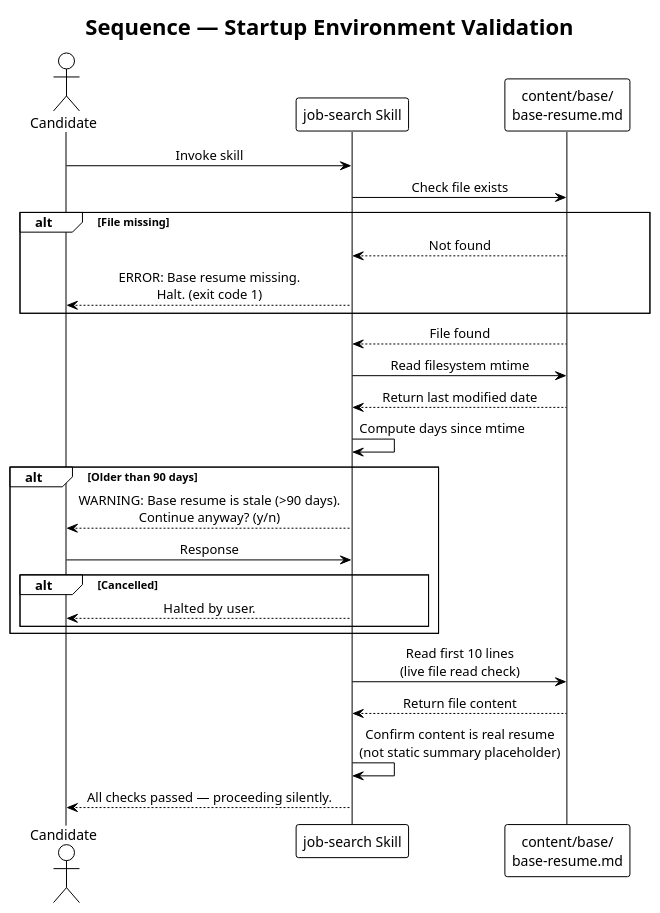
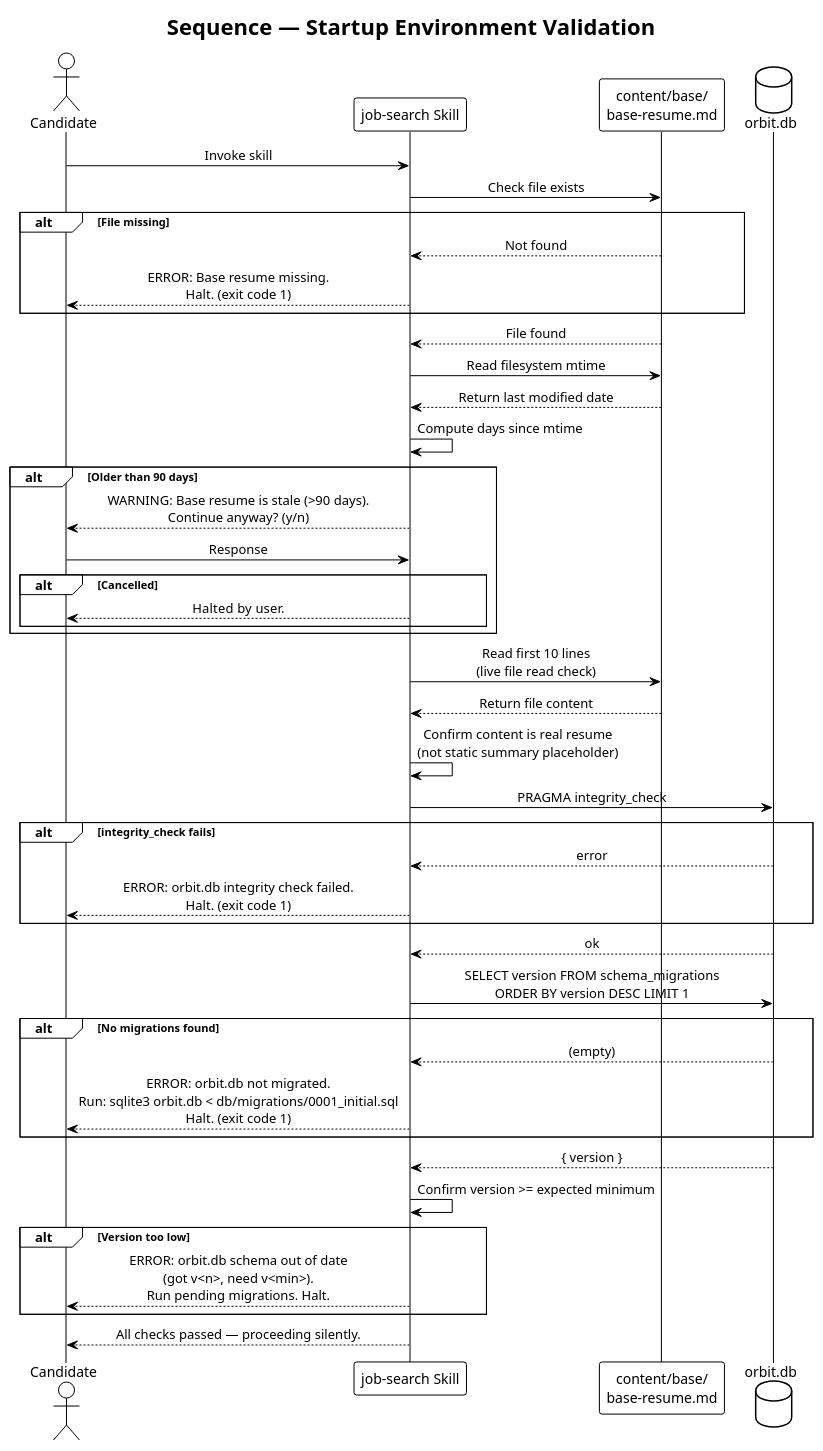
One commit to QuinntyneBrown/Orbit changed the diagram in docs/detailed-designs/13-skill-infrastructure/diagrams/sequence_startup_validation.puml. Above: the diagram before and after it, drawn with PlantUML. The commit also changed 4 other files, not shown here.

Commit message:
Update sequence diagrams for pipeline validation, role classification, outreach, recruiter follow-up, and startup validation

```diff
--- a/docs/detailed-designs/13-skill-infrastructure/diagrams/sequence_startup_validation.puml
+++ b/docs/detailed-designs/13-skill-infrastructure/diagrams/sequence_startup_validation.puml
@@ -1,40 +1,60 @@
 @startuml sequence_startup_validation
 !theme plain
 skinparam sequenceMessageAlign center
 
 title Sequence — Startup Environment Validation
 
 actor Candidate
 participant "job-search Skill" as Skill
 participant "content/base/\nbase-resume.md" as BaseResume
+database "orbit.db" as DB
 
 Candidate -> Skill : Invoke skill
 
 Skill -> BaseResume : Check file exists
 alt File missing
     BaseResume --> Skill : Not found
     Skill --> Candidate : ERROR: Base resume missing.\nHalt. (exit code 1)
 end
 
 BaseResume --> Skill : File found
 
 Skill -> BaseResume : Read filesystem mtime
 BaseResume --> Skill : Return last modified date
 
 Skill -> Skill : Compute days since mtime
 alt Older than 90 days
     Skill --> Candidate : WARNING: Base resume is stale (>90 days).\nContinue anyway? (y/n)
     Candidate -> Skill : Response
     alt Cancelled
         Skill --> Candidate : Halted by user.
     end
 end
 
 Skill -> BaseResume : Read first 10 lines\n(live file read check)
 BaseResume --> Skill : Return file content
 
 Skill -> Skill : Confirm content is real resume\n(not static summary placeholder)
 
+Skill -> DB : PRAGMA integrity_check
+alt integrity_check fails
+    DB --> Skill : error
+    Skill --> Candidate : ERROR: orbit.db integrity check failed.\nHalt. (exit code 1)
+end
+DB --> Skill : ok
+
+Skill -> DB : SELECT version FROM schema_migrations\nORDER BY version DESC LIMIT 1
+alt No migrations found
+    DB --> Skill : (empty)
+    Skill --> Candidate : ERROR: orbit.db not migrated.\nRun: sqlite3 orbit.db < db/migrations/0001_initial.sql\nHalt. (exit code 1)
+end
+DB --> Skill : { version }
+
+Skill -> Skill : Confirm version >= expected minimum
+alt Version too low
+    Skill --> Candidate : ERROR: orbit.db schema out of date\n(got v<n>, need v<min>).\nRun pending migrations. Halt.
+end
+
 Skill --> Candidate : All checks passed — proceeding silently.
 
 @enduml
```
